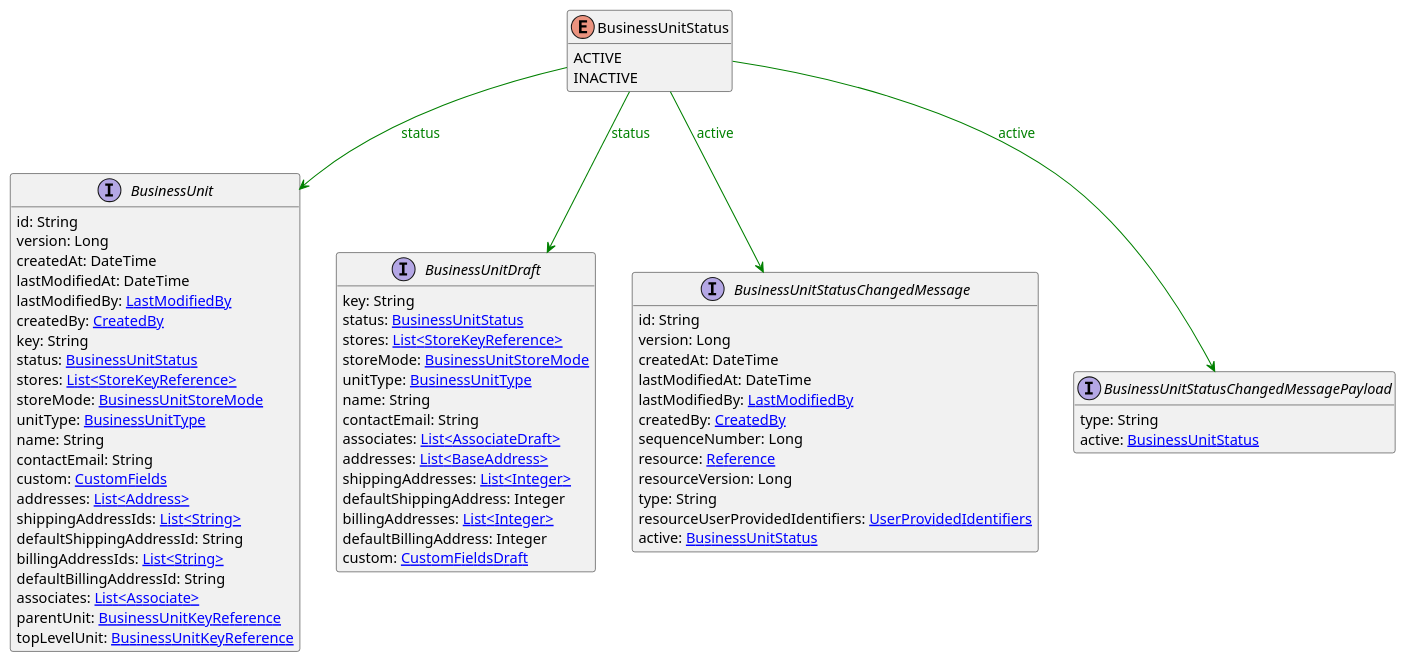
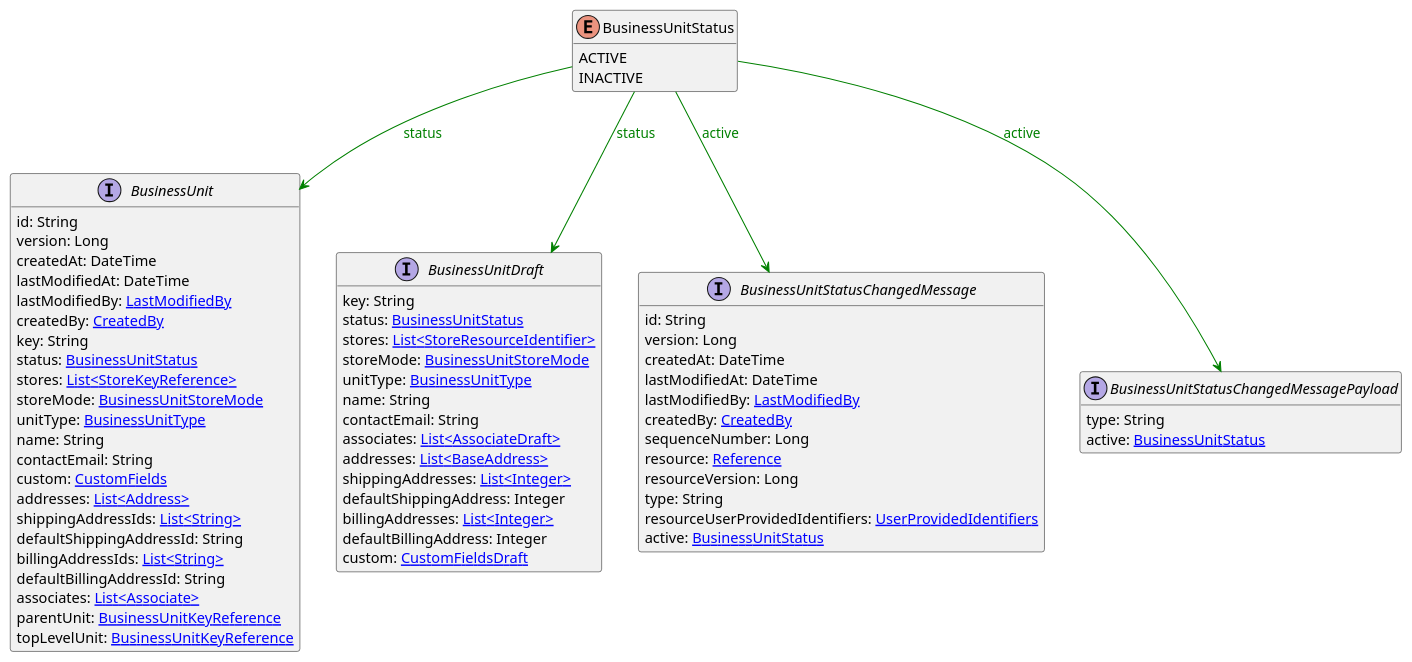
Before and after one commit to commercetools/commercetools-api-reference: the diagram in uml/api/BusinessUnitStatus.puml, drawn with PlantUML. The commit also changed 24 other files, not shown here.

```diff
--- a/uml/api/BusinessUnitStatus.puml
+++ b/uml/api/BusinessUnitStatus.puml
@@ -1,70 +1,70 @@
 @startuml
 
 hide methods
 enum BusinessUnitStatus {
     ACTIVE
     INACTIVE
 }
 interface BusinessUnit [[BusinessUnit.svg]]  {
     id: String
     version: Long
     createdAt: DateTime
     lastModifiedAt: DateTime
     lastModifiedBy: [[LastModifiedBy.svg LastModifiedBy]]
     createdBy: [[CreatedBy.svg CreatedBy]]
     key: String
     status: [[BusinessUnitStatus.svg BusinessUnitStatus]]
     stores: [[StoreKeyReference.svg List<StoreKeyReference>]]
     storeMode: [[BusinessUnitStoreMode.svg BusinessUnitStoreMode]]
     unitType: [[BusinessUnitType.svg BusinessUnitType]]
     name: String
     contactEmail: String
     custom: [[CustomFields.svg CustomFields]]
     addresses: [[Address.svg List<Address>]]
     shippingAddressIds: [[String.svg List<String>]]
     defaultShippingAddressId: String
     billingAddressIds: [[String.svg List<String>]]
     defaultBillingAddressId: String
     associates: [[Associate.svg List<Associate>]]
     parentUnit: [[BusinessUnitKeyReference.svg BusinessUnitKeyReference]]
     topLevelUnit: [[BusinessUnitKeyReference.svg BusinessUnitKeyReference]]
 }
 interface BusinessUnitDraft [[BusinessUnitDraft.svg]]  {
     key: String
     status: [[BusinessUnitStatus.svg BusinessUnitStatus]]
-    stores: [[StoreKeyReference.svg List<StoreKeyReference>]]
+    stores: [[StoreResourceIdentifier.svg List<StoreResourceIdentifier>]]
     storeMode: [[BusinessUnitStoreMode.svg BusinessUnitStoreMode]]
     unitType: [[BusinessUnitType.svg BusinessUnitType]]
     name: String
     contactEmail: String
     associates: [[AssociateDraft.svg List<AssociateDraft>]]
     addresses: [[BaseAddress.svg List<BaseAddress>]]
     shippingAddresses: [[Integer.svg List<Integer>]]
     defaultShippingAddress: Integer
     billingAddresses: [[Integer.svg List<Integer>]]
     defaultBillingAddress: Integer
     custom: [[CustomFieldsDraft.svg CustomFieldsDraft]]
 }
 interface BusinessUnitStatusChangedMessage [[BusinessUnitStatusChangedMessage.svg]]  {
     id: String
     version: Long
     createdAt: DateTime
     lastModifiedAt: DateTime
     lastModifiedBy: [[LastModifiedBy.svg LastModifiedBy]]
     createdBy: [[CreatedBy.svg CreatedBy]]
     sequenceNumber: Long
     resource: [[Reference.svg Reference]]
     resourceVersion: Long
     type: String
     resourceUserProvidedIdentifiers: [[UserProvidedIdentifiers.svg UserProvidedIdentifiers]]
     active: [[BusinessUnitStatus.svg BusinessUnitStatus]]
 }
 interface BusinessUnitStatusChangedMessagePayload [[BusinessUnitStatusChangedMessagePayload.svg]]  {
     type: String
     active: [[BusinessUnitStatus.svg BusinessUnitStatus]]
 }
 BusinessUnitStatus --> BusinessUnit #green;text:green : "status"
 BusinessUnitStatus --> BusinessUnitDraft #green;text:green : "status"
 BusinessUnitStatus --> BusinessUnitStatusChangedMessage #green;text:green : "active"
 BusinessUnitStatus --> BusinessUnitStatusChangedMessagePayload #green;text:green : "active"
 @enduml
```
